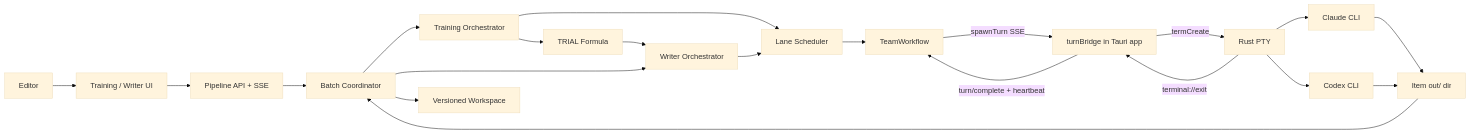
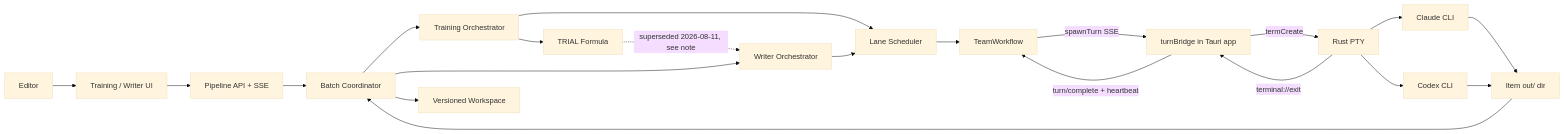
One commit to Hungbk295/writer-room changed the first of 3 diagrams in docs/specs/002-writer-agent-mvp/solution-design.md. Above: the diagram before and after it, drawn with Mermaid (base theme). The commit also changed other lines of this file and 399 other files, not shown here.

````diff
--- a/docs/specs/002-writer-agent-mvp/solution-design.md
+++ b/docs/specs/002-writer-agent-mvp/solution-design.md
@@ -142,23 +142,23 @@
 ```mermaid
 flowchart LR
     U[Editor] --> UI[Training / Writer UI]
     UI --> API[Pipeline API + SSE]
     API --> B[Batch Coordinator]
     B --> T[Training Orchestrator]
     B --> W[Writer Orchestrator]
     T --> L[Lane Scheduler]
     W --> L
     L --> TW[TeamWorkflow]
     TW -->|spawnTurn SSE| TB[turnBridge in Tauri app]
     TB -->|termCreate| PTY[Rust PTY]
     PTY --> C[Claude CLI]
     PTY --> X[Codex CLI]
     PTY -->|terminal://exit| TB
     TB -->|turn/complete + heartbeat| TW
     C --> FSO[Item out/ dir]
     X --> FSO
     FSO --> B
     T --> F[TRIAL Formula]
-    F --> W
+    F -.->|superseded 2026-08-11, see note| W
     B --> FS[Versioned Workspace]
 ```
````
